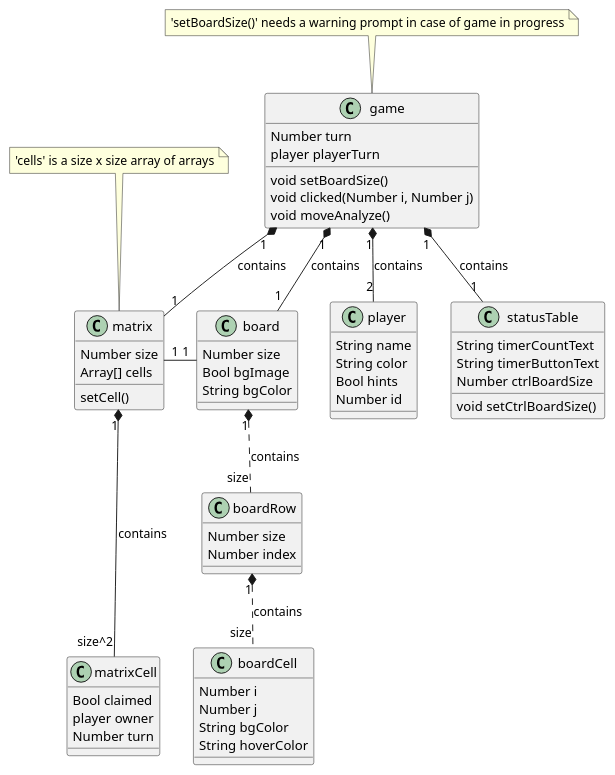
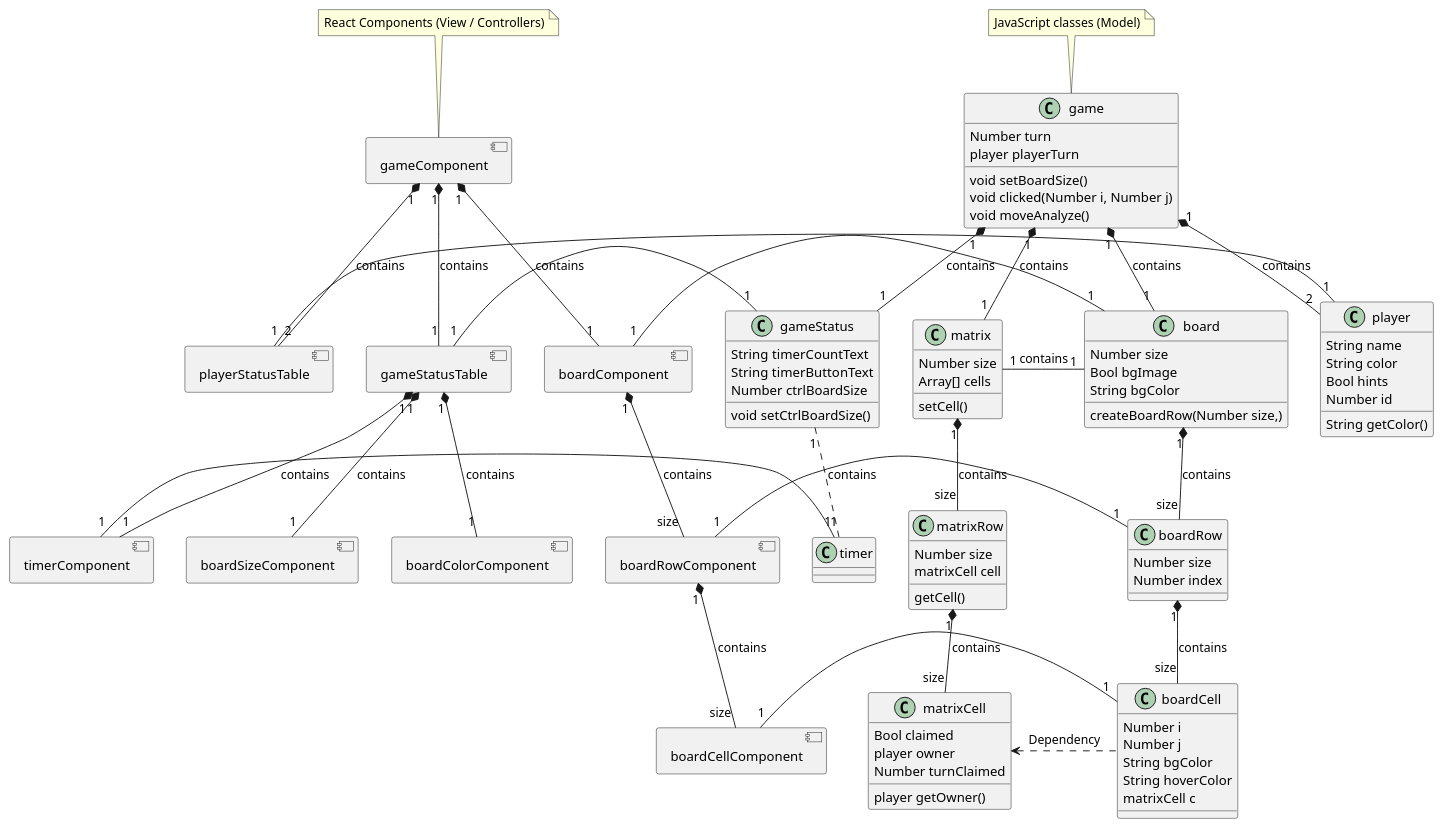
Before and after one commit to nugentmichael1/gomoku: the diagram in UMLDiagrams/GameClassDiagram.plantuml, drawn with PlantUML. The commit also changed 14 other files, not shown here.

Commit message:
Started to connect model to view/ctrl

```diff
--- a/UMLDiagrams/GameClassDiagram.plantuml
+++ b/UMLDiagrams/GameClassDiagram.plantuml
@@ -1,72 +1,153 @@
 @startuml Game Class Diagram
+
 
 game "1" *-- "1" board : contains
 game "1" *-- "2" player: contains
-game "1" *-- "1" statusTable: contains
+game "1" *-- "1" gameStatus: contains
 game "1" *-- "1" matrix: contains
-matrix "1" *--- "size^2" matrixCell: contains
-matrix "1" - "1" board
-board "1" *.. "size" boardRow: contains
-boardRow "1" *.. "size" boardCell: contains
+matrix "1" *-- "size" matrixRow: contains
+matrixRow "1" *-- "size" matrixCell: contains
+matrix "1" - "1" board:contains
+board "1" *-- "size" boardRow: contains
+boardRow "1" *-- "size" boardCell: contains
+matrixCell <. boardCell: Dependency
 
-note "'cells' is a size x size array of arrays" as n1
-note "'setBoardSize()' needs a warning prompt in case of game in progress" as n2
+'note "'cells' is a size x size array of arrays" as n1'
+'note "'setBoardSize()' needs a warning prompt in case of game in progress" as n2'
+note "JavaScript classes (Model)" as n3
+note "React Components (View / Controllers)" as n4
 
-n1 .. matrix
-n2 .. game
+'n1 .. matrix'
+'n2 .. game'
+n3 -- game
+n4 -- gameComponent
+
+'JavaScript Classes (Model)'
 
 class game {
     Number turn
     player playerTurn
     void setBoardSize()
     void clicked(Number i, Number j)
     void moveAnalyze()
 }
 
 
 class board{
     Number size
     Bool bgImage
     String bgColor
+    createBoardRow(Number size,)
 }
 
 class boardRow{
     Number size
     Number index
 }
 
 class boardCell{
     Number i
     Number j
     String bgColor
     String hoverColor
+    matrixCell c
 }
 
 class player{
     String name
     String color
     Bool hints
     Number id
+    String getColor()
+
 }
 
-class statusTable{
+class gameStatus{
     String timerCountText
     String timerButtonText
     Number ctrlBoardSize
     void setCtrlBoardSize()
+}
+
+gameStatus "1" .. "1" timer: contains
+
+class timer{
+
 }
 
 
 class matrix{
     Number size
     Array[] cells
     setCell()
 }
 
+class matrixRow{
+    Number size
+    matrixCell cell
+    getCell()
+}
+
 class matrixCell{
     Bool claimed
     player owner
-    Number turn
+    Number turnClaimed
+    player getOwner()
 }
 
+
+'React Components (View / Controller)'
+
+gameComponent "1" *-- "1" boardComponent: contains
+boardComponent "1" *-- "size" boardRowComponent: contains
+boardRowComponent "1" *-- "size" boardCellComponent: contains
+gameComponent "1" *-- "2" playerStatusTable: contains
+gameComponent "1" *-- "1" gameStatusTable: contains
+gameStatusTable "1" *-- "1" timerComponent: contains
+gameStatusTable "1" *-- "1" boardSizeComponent: contains
+gameStatusTable "1" *-- "1" boardColorComponent: contains
+
+component boardComponent{
+
+}
+
+component gameComponent{
+
+}
+
+component boardRowComponent{
+
+}
+
+component boardCellComponent{
+
+}
+
+component playerStatusTable{
+
+}
+
+component gameStatusTable{
+
+}
+
+component timerComponent{
+
+}
+
+component boardSizeComponent{
+
+}
+
+component boardColorComponent{
+    
+}
+
+boardComponent "1" - "1" board
+playerStatusTable "1" - "1" player
+boardRowComponent "1" - "1" boardRow
+boardCellComponent "1" - "1" boardCell
+gameStatusTable "1" - "1" gameStatus
+timerComponent "1" - "1" timer
+
 @enduml
```
